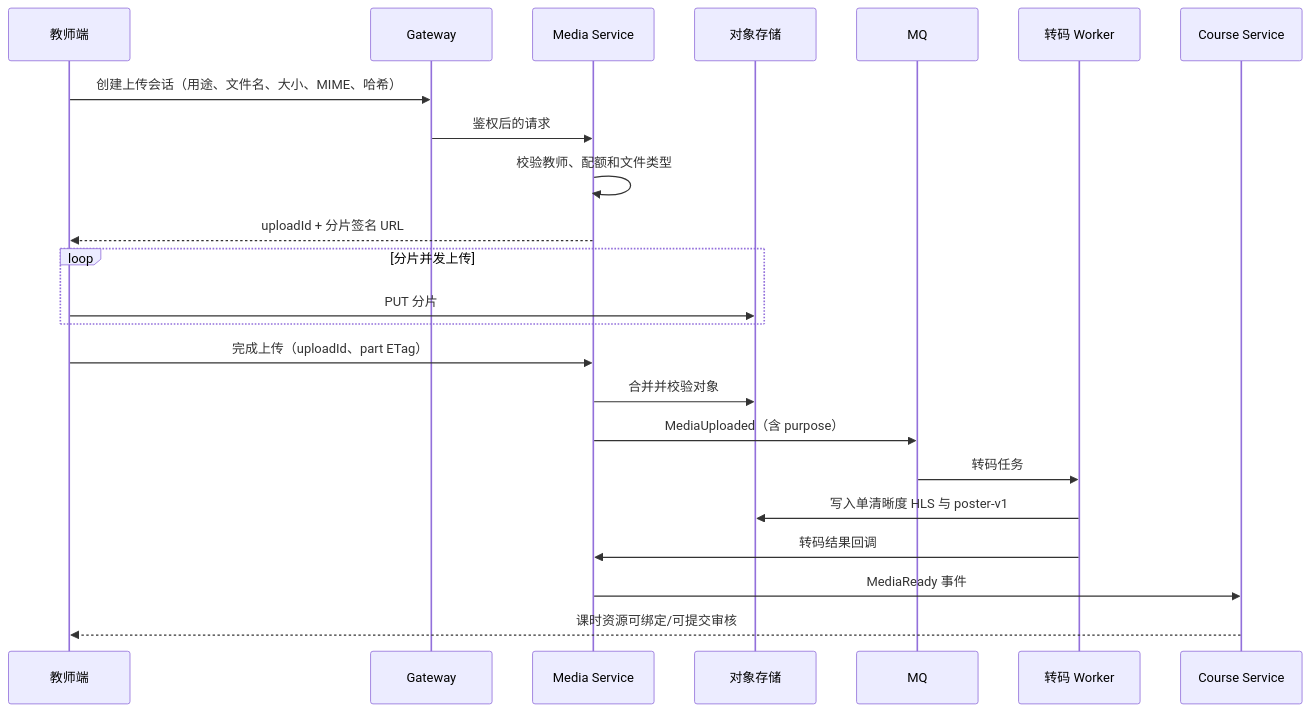
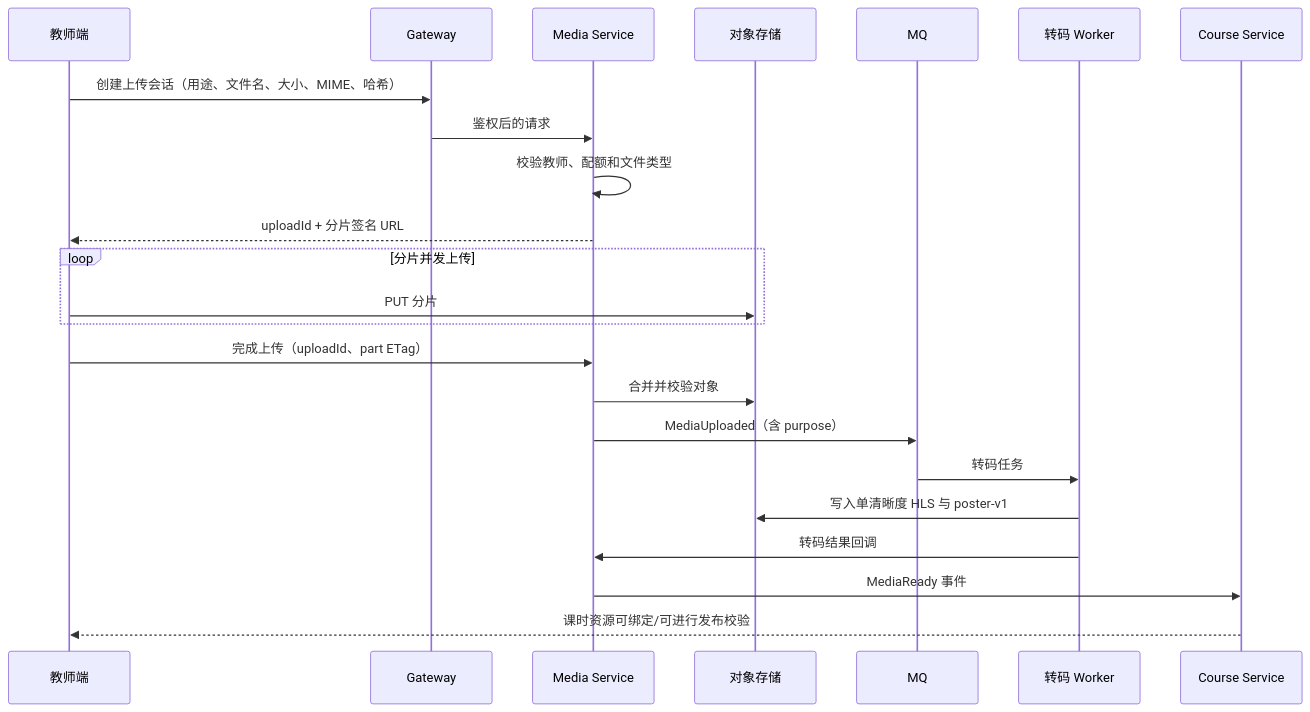
One commit to chengchen-ccnu/ccnu-edulion changed the third of 4 diagrams in 在线网课平台工业架构设计.md. Above: the diagram before and after it, drawn with Mermaid. The commit also changed other lines of this file and 6 other files, not shown here.

````diff
--- a/在线网课平台工业架构设计.md
+++ b/在线网课平台工业架构设计.md
@@ -576,26 +572,26 @@
 ```mermaid
 sequenceDiagram
     participant T as 教师端
     participant G as Gateway
     participant M as Media Service
     participant O as 对象存储
     participant Q as MQ
     participant W as 转码 Worker
     participant C as Course Service
 
     T->>G: 创建上传会话（用途、文件名、大小、MIME、哈希）
     G->>M: 鉴权后的请求
     M->>M: 校验教师、配额和文件类型
     M-->>T: uploadId + 分片签名 URL
     loop 分片并发上传
         T->>O: PUT 分片
     end
     T->>M: 完成上传（uploadId、part ETag）
     M->>O: 合并并校验对象
     M->>Q: MediaUploaded（含 purpose）
     Q->>W: 转码任务
     W->>O: 写入单清晰度 HLS 与 poster-v1
     W->>M: 转码结果回调
     M->>C: MediaReady 事件
-    C-->>T: 课时资源可绑定/可提交审核
+    C-->>T: 课时资源可绑定/可进行发布校验
 ```
````
